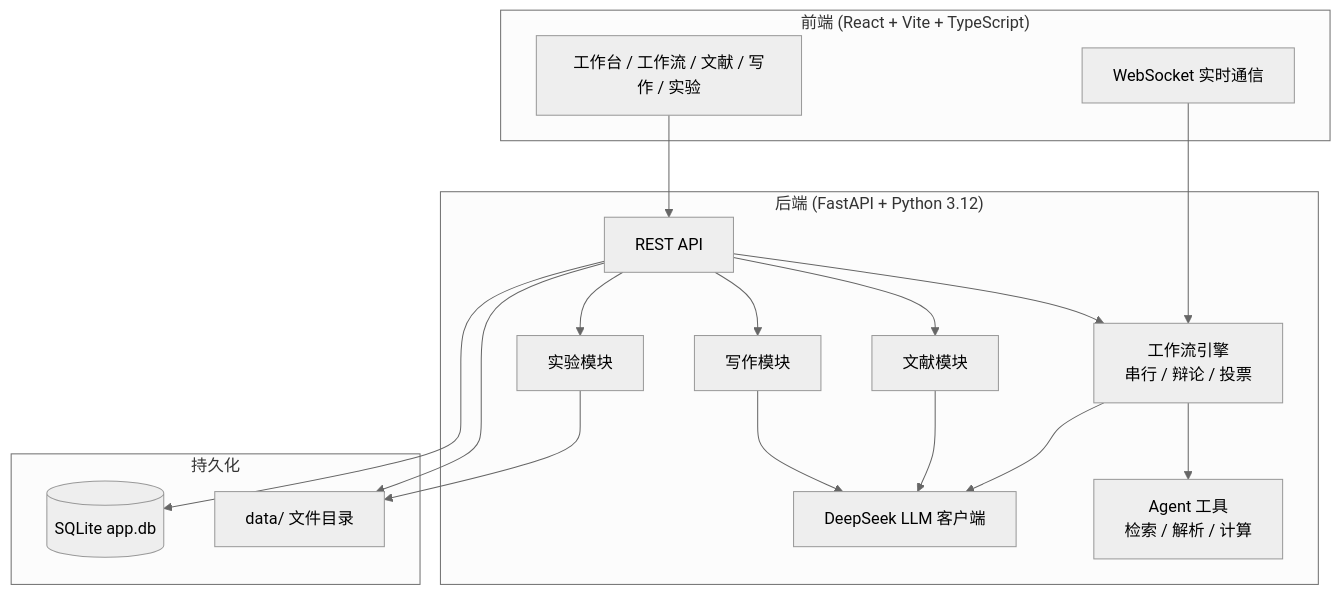
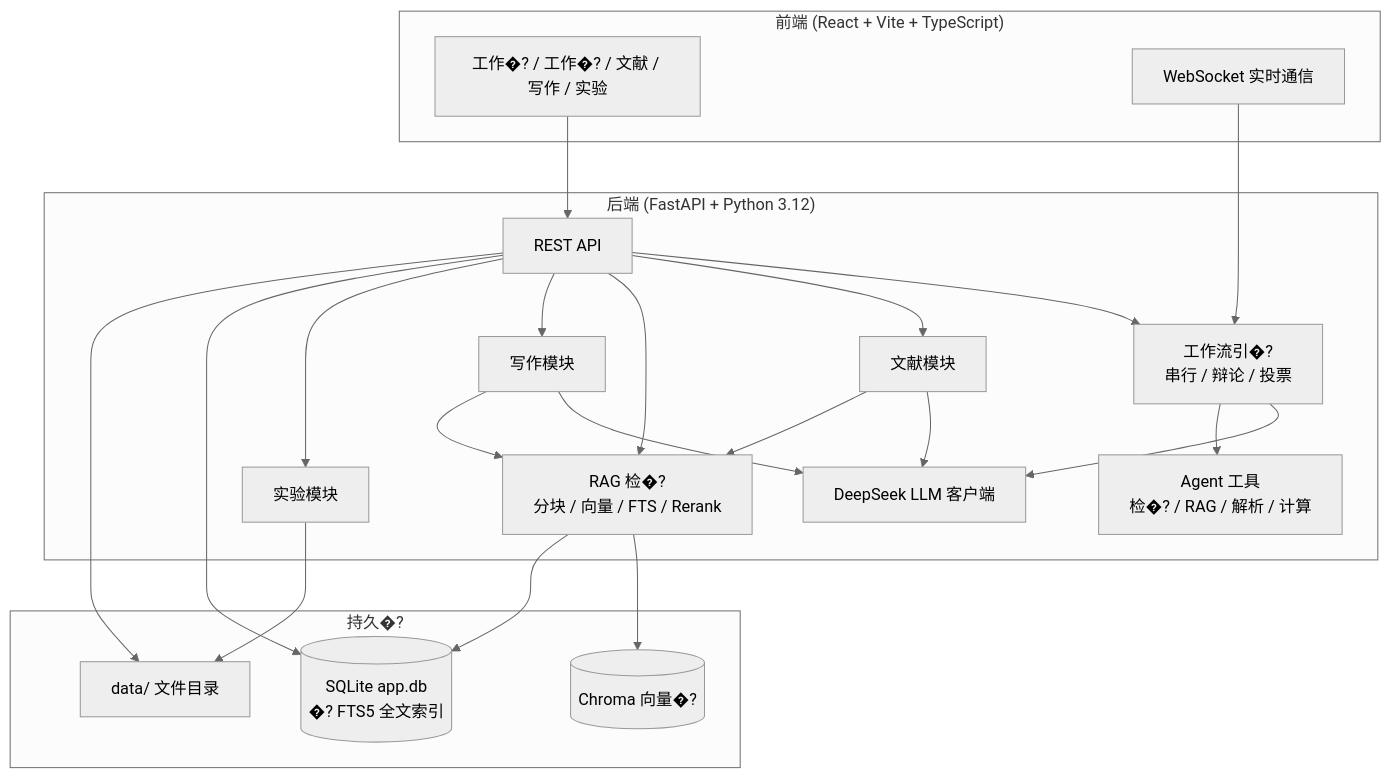
The diagram in README.md (Gangan-njust/CrewMind), drawn with Mermaid (neutral theme) before and after one commit. The commit also changed other lines of this file and 98 other files, not shown here.

````diff
--- a/README.md
+++ b/README.md
@@ -82,36 +86,43 @@
 ```mermaid
 flowchart TB
   subgraph Frontend["前端 (React + Vite + TypeScript)"]
-    UI[工作台 / 工作流 / 文献 / 写作 / 实验]
+    UI[工作�? / 工作�? / 文献 / 写作 / 实验]
     WS[WebSocket 实时通信]
   end
 
   subgraph Backend["后端 (FastAPI + Python 3.12)"]
   API[REST API]
-  Crew[工作流引擎<br/>串行 / 辩论 / 投票]
+  Crew[工作流引�?<br/>串行 / 辩论 / 投票]
   Lit[文献模块]
+  RAG[RAG 检�?<br/>分块 / 向量 / FTS / Rerank]
   Write[写作模块]
   Exp[实验模块]
   LLM[DeepSeek LLM 客户端]
-  Tools[Agent 工具<br/>检索 / 解析 / 计算]
+  Tools[Agent 工具<br/>检�? / RAG / 解析 / 计算]
   end
 
-  subgraph Storage["持久化"]
-  DB[(SQLite app.db)]
+  subgraph Storage["持久�?"]
+  DB[(SQLite app.db<br/>�? FTS5 全文索引)]
+  Chroma[(Chroma 向量�?)]
   Files[data/ 文件目录]
   end
 
   UI --> API
   WS --> Crew
   API --> Crew
   API --> Lit
+  API --> RAG
   API --> Write
   API --> Exp
   Crew --> LLM
   Crew --> Tools
   Lit --> LLM
+  Lit --> RAG
   Write --> LLM
+  Write --> RAG
   Exp --> Files
+  RAG --> Chroma
+  RAG --> DB
   API --> DB
   API --> Files
 ```
````
